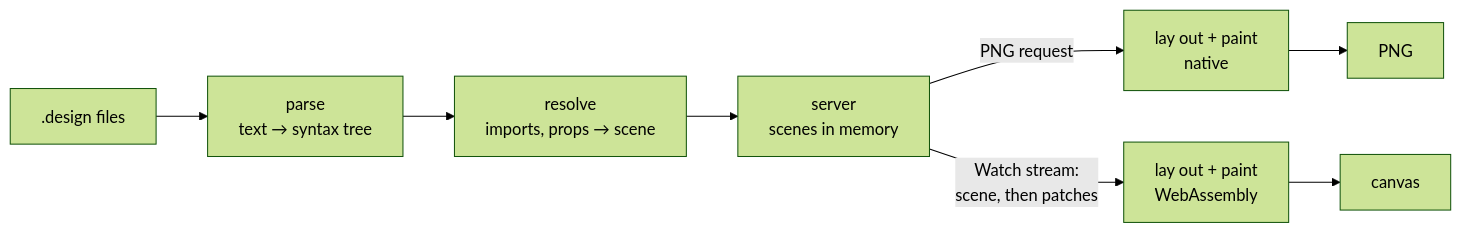
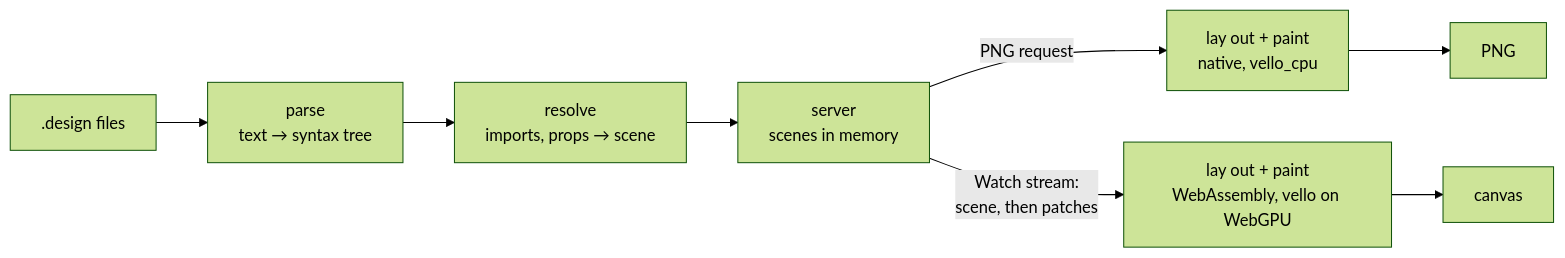
The diagram in docs/boxes/viewer/design-engine/README.md (andrei512/devpage), drawn with Mermaid (forest theme) before and after one commit. The commit also changed other lines of this file and 4 other files, not shown here.

First line of the commit message:
Design: paint designs with vello, on the GPU in the browser

````diff
--- a/docs/boxes/viewer/design-engine/README.md
+++ b/docs/boxes/viewer/design-engine/README.md
@@ -11,14 +11,14 @@
 ```mermaid
 flowchart LR
   files[".design files"] --> parse["parse<br/>text → syntax tree"]
   parse --> resolve["resolve<br/>imports, props → scene"]
   resolve --> server["server<br/>scenes in memory"]
-  server -->|"PNG request"| paint1["lay out + paint<br/>native"]
-  server -->|"Watch stream:<br/>scene, then patches"| wasm["lay out + paint<br/>WebAssembly"]
+  server -->|"PNG request"| paint1["lay out + paint<br/>native, vello_cpu"]
+  server -->|"Watch stream:<br/>scene, then patches"| wasm["lay out + paint<br/>WebAssembly, vello on WebGPU"]
   wasm --> canvas["canvas"]
   paint1 --> png["PNG"]
   click parse href "#parsing" "Parsing"
   click resolve href "#resolving" "Resolving"
   click server href "#in-the-server" "In the server"
   click wasm href "#in-the-browser" "In the browser"
 ```
````
